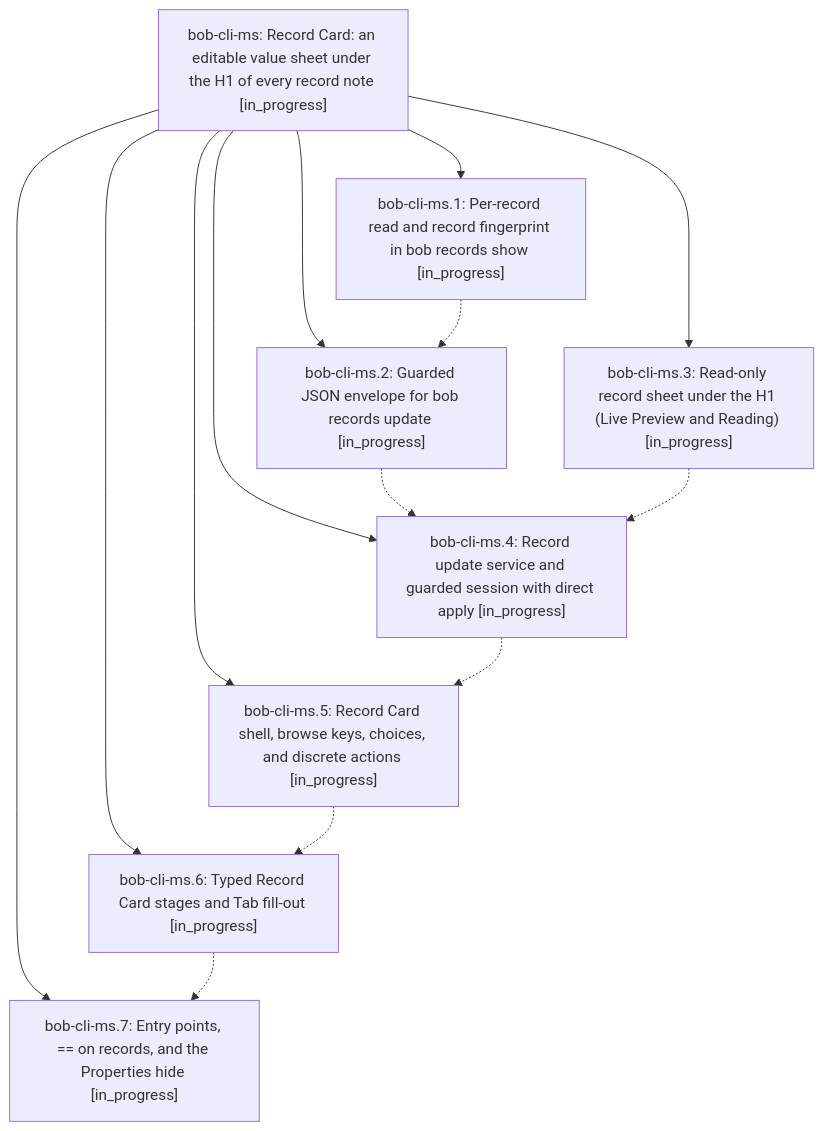
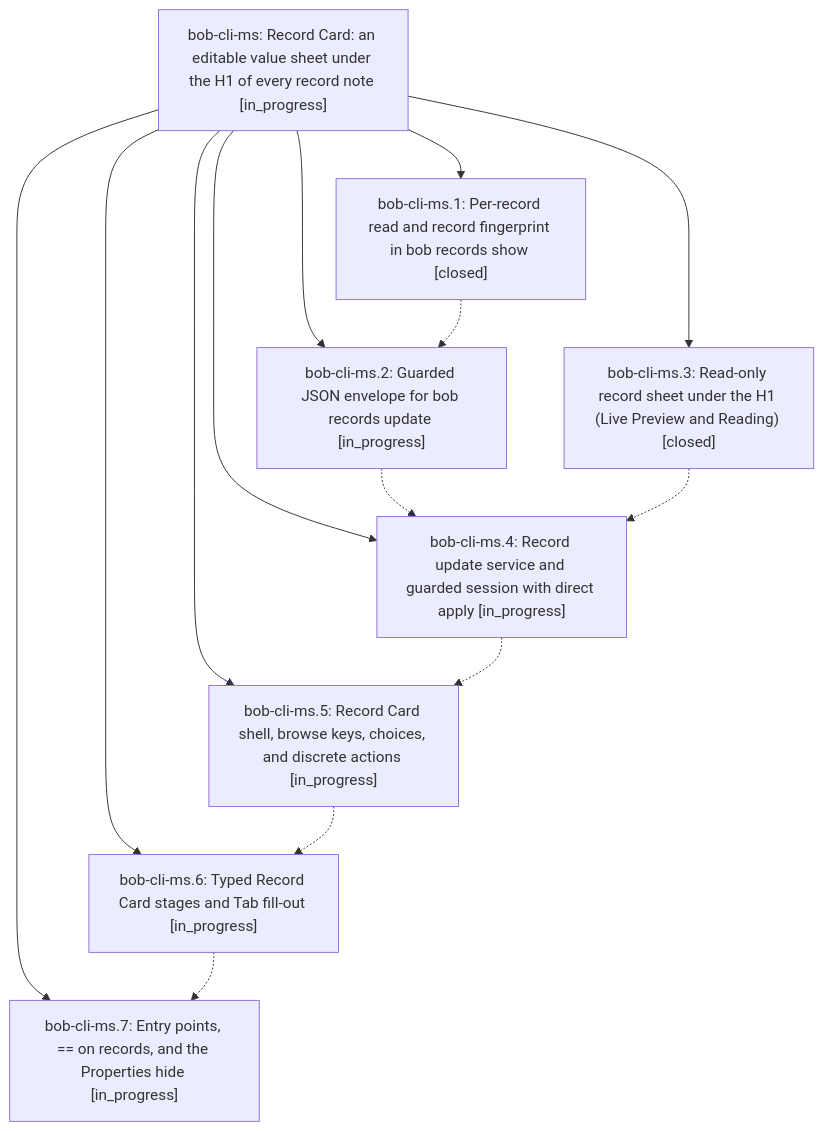
The diagram in pages/bob-cli-ms/README.md (bobs-org/bob-cli--beads), drawn with Mermaid before and after one commit. The commit also changed other lines of this file and 4 other files, not shown here.

First line of the commit message:
chore(beads): sync bead state and pages for bob-cli-ms

````diff
--- a/pages/bob-cli-ms/README.md
+++ b/pages/bob-cli-ms/README.md
@@ -40,24 +40,24 @@
 ```mermaid
 flowchart TD
     n0["bob-cli-ms: Record Card: an editable value sheet under the H1 of every record note [in_progress]"]
-    n1["bob-cli-ms.1: Per-record read and record fingerprint in bob records show [in_progress]"]
+    n1["bob-cli-ms.1: Per-record read and record fingerprint in bob records show [closed]"]
     n2["bob-cli-ms.2: Guarded JSON envelope for bob records update [in_progress]"]
-    n3["bob-cli-ms.3: Read-only record sheet under the H1 (Live Preview and Reading) [in_progress]"]
+    n3["bob-cli-ms.3: Read-only record sheet under the H1 (Live Preview and Reading) [closed]"]
     n4["bob-cli-ms.4: Record update service and guarded session with direct apply [in_progress]"]
     n5["bob-cli-ms.5: Record Card shell, browse keys, choices, and discrete actions [in_progress]"]
     n6["bob-cli-ms.6: Typed Record Card stages and Tab fill-out [in_progress]"]
     n7["bob-cli-ms.7: Entry points, == on records, and the Properties hide [in_progress]"]
     n0 --> n1
     n0 --> n2
     n0 --> n3
     n0 --> n4
     n0 --> n5
     n0 --> n6
     n0 --> n7
     n1 -.-> n2
     n2 -.-> n4
     n3 -.-> n4
     n4 -.-> n5
     n5 -.-> n6
     n6 -.-> n7
 ```
````
